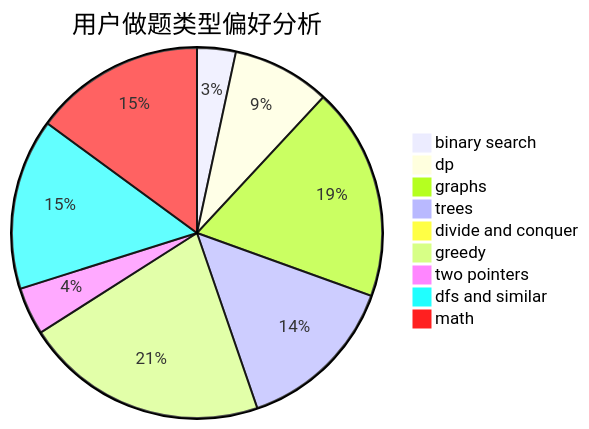
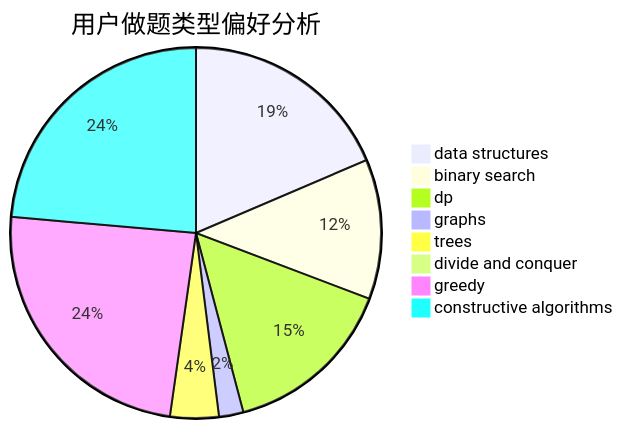
The second of 3 diagrams in docs/user/u130.md (sherpahu/cfrs.github.io), drawn with Mermaid before and after one commit. The commit also changed other lines of this file and 2775 other files, not shown here.

````diff
--- a/docs/user/u130.md
+++ b/docs/user/u130.md
@@ -23,12 +23,11 @@
 ```mermaid
 pie title 用户做题类型偏好分析
-    "binary search" :  47
-    "dp" :  119
-    "graphs" :  259
-    "trees" :  198
+    "data structures" :  70
+    "binary search" :  46
+    "dp" :  57
+    "graphs" :  8
+    "trees" :  16
     "divide and conquer" :  0
-    "greedy" :  296
-    "two pointers" :  58
-    "dfs and similar" :  208
-    "math" :  208
+    "greedy" :  91
+    "constructive algorithms" :  89
 ```
````
